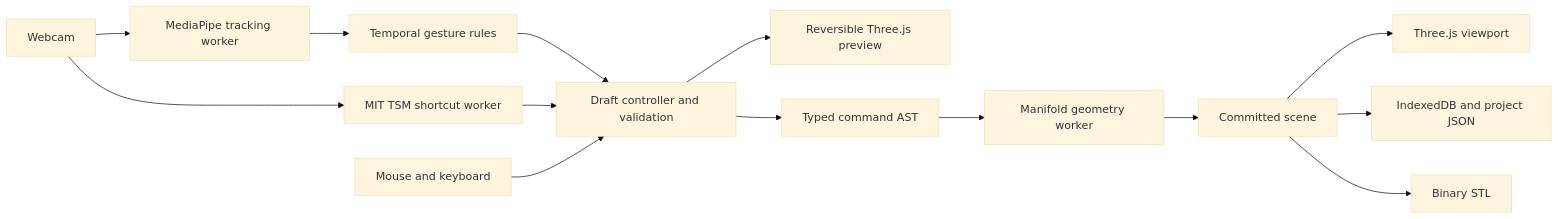
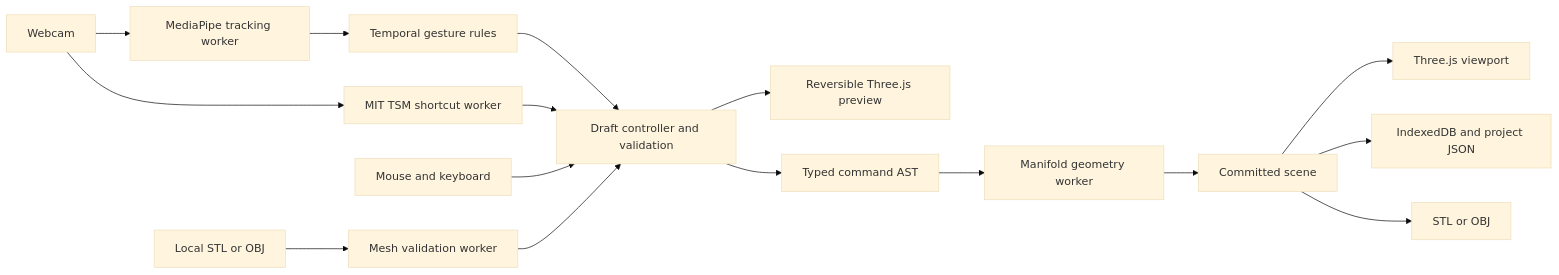
One commit to aniketsidhu123/Palmivo changed the diagram in README.md. Above: the diagram before and after it, drawn with Mermaid (base theme). The commit also changed other lines of this file and 45 other files, not shown here.

```diff
--- a/README.md
+++ b/README.md
@@ -29,16 +28,18 @@
 ~~~mermaid
 flowchart LR
     Camera[Webcam] --> Tracking[MediaPipe tracking worker]
     Tracking --> Recognition[Temporal gesture rules]
     Recognition --> Controller[Draft controller and validation]
     Camera --> Shortcuts[MIT TSM shortcut worker]
     Shortcuts --> Controller
     Inputs[Mouse and keyboard] --> Controller
     Controller --> Preview[Reversible Three.js preview]
     Controller --> AST[Typed command AST]
     AST --> Geometry[Manifold geometry worker]
     Geometry --> Scene[Committed scene]
     Scene --> View[Three.js viewport]
     Scene --> Storage[IndexedDB and project JSON]
-    Scene --> Export[Binary STL]
+    Files[Local STL or OBJ] --> Import[Mesh validation worker]
+    Import --> Controller
+    Scene --> Export[STL or OBJ]
 ~~~
```
